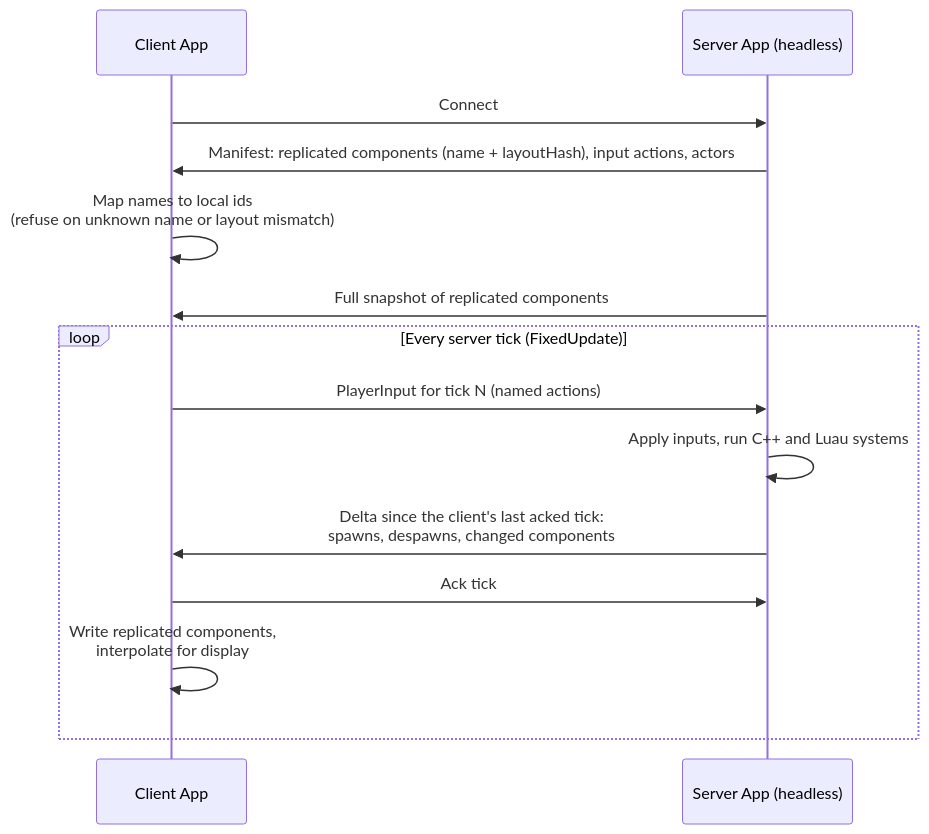
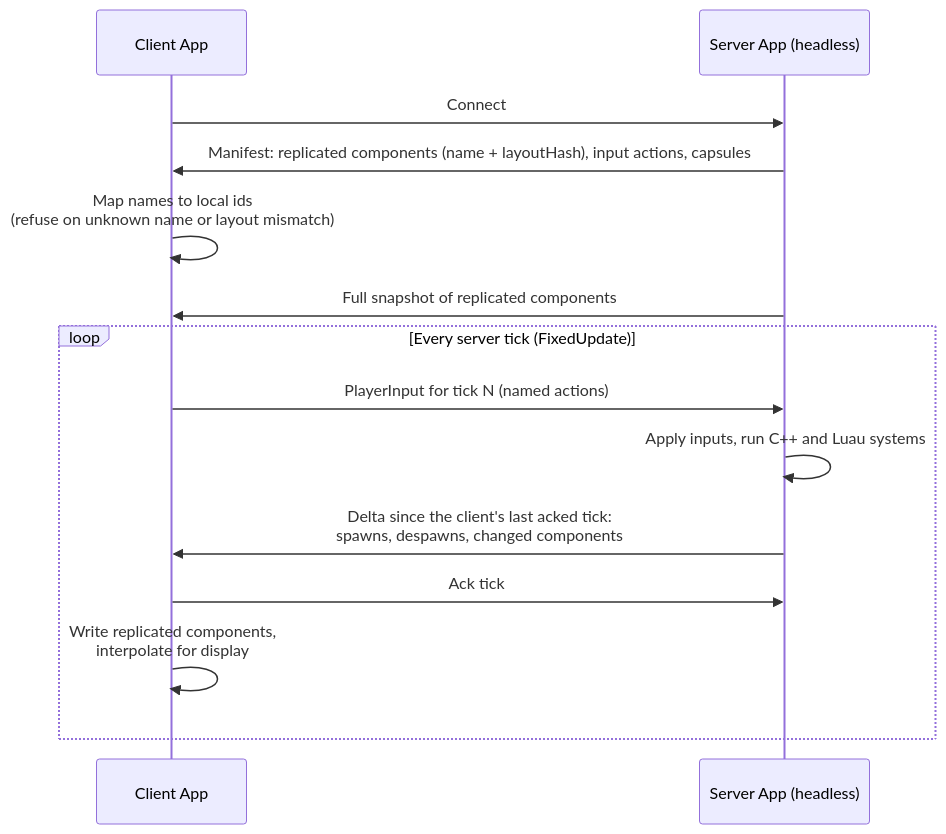
Diagram 11 of 13 in docs/ecs/design.md (Charles-Mahoudeau/rtype), drawn with Mermaid before and after one commit. The commit also changed other lines of this file and 15 other files, not shown here.

````diff
--- a/docs/ecs/design.md
+++ b/docs/ecs/design.md
@@ -1075,16 +1070,16 @@
 ```mermaid
 sequenceDiagram
     participant C as Client App
     participant S as Server App (headless)
     C->>S: Connect
-    S->>C: Manifest: replicated components (name + layoutHash), input actions, actors
+    S->>C: Manifest: replicated components (name + layoutHash), input actions, capsules
     C->>C: Map names to local ids<br/>(refuse on unknown name or layout mismatch)
     S->>C: Full snapshot of replicated components
     loop Every server tick (FixedUpdate)
         C->>S: PlayerInput for tick N (named actions)
         S->>S: Apply inputs, run C++ and Luau systems
         S->>C: Delta since the client's last acked tick:<br/>spawns, despawns, changed components
         C->>S: Ack tick
         C->>C: Write replicated components,<br/>interpolate for display
     end
 ```
````
